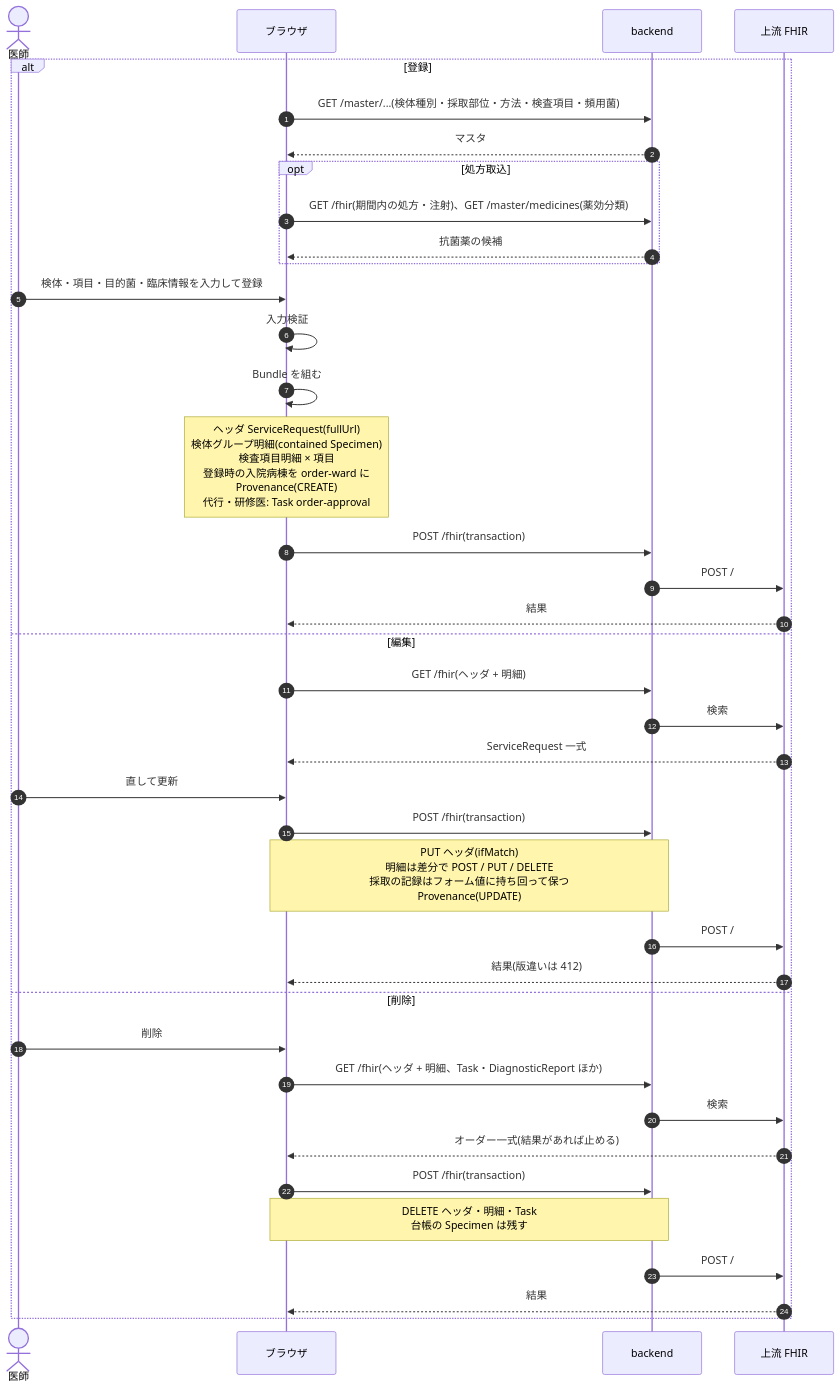
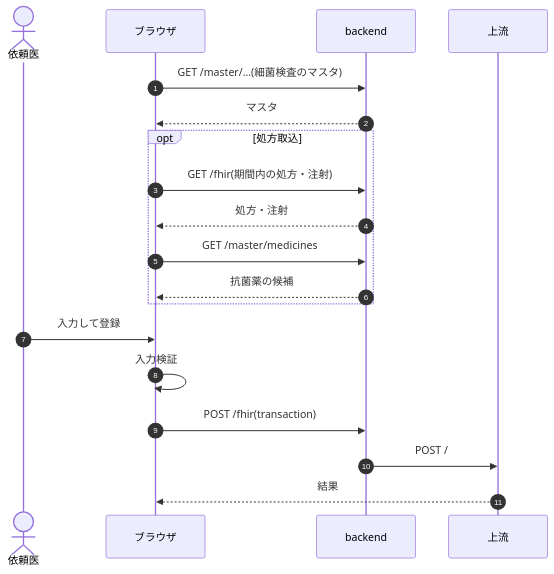
The first of 11 diagrams in docs/dev/micro.md (ysnr-dev/fhir-client-docs), drawn with Mermaid before and after one commit. The commit also changed other lines of this file and 43 other files, not shown here.

Commit message:
docs: 業務フローとシーケンス図を写し直し

````diff
--- a/docs/dev/micro.md
+++ b/docs/dev/micro.md
@@ -50,42 +120,22 @@
 ```mermaid
 sequenceDiagram
   autonumber
-  actor Dr as 医師
+  actor Dr as 依頼医
   participant UI as ブラウザ
   participant BE as backend
-  participant FHIR as 上流 FHIR
+  participant FHIR as 上流
 
-  alt 登録
-    UI->>BE: GET /master/...(検体種別・採取部位・方法・検査項目・頻用菌)
-    BE-->>UI: マスタ
-    opt 処方取込
-      UI->>BE: GET /fhir(期間内の処方・注射)、GET /master/medicines(薬効分類)
-      BE-->>UI: 抗菌薬の候補
-    end
-    Dr->>UI: 検体・項目・目的菌・臨床情報を入力して登録
-    UI->>UI: 入力検証
-    UI->>UI: Bundle を組む
-    Note over UI: ヘッダ ServiceRequest(fullUrl)<br/>検体グループ明細(contained Specimen)<br/>検査項目明細 × 項目<br/>登録時の入院病棟を order-ward に<br/>Provenance(CREATE)<br/>代行・研修医: Task order-approval
-    UI->>BE: POST /fhir(transaction)
-    BE->>FHIR: POST /
-    FHIR-->>UI: 結果
-  else 編集
-    UI->>BE: GET /fhir(ヘッダ + 明細)
-    BE->>FHIR: 検索
-    FHIR-->>UI: ServiceRequest 一式
-    Dr->>UI: 直して更新
-    UI->>BE: POST /fhir(transaction)
-    Note over UI,BE: PUT ヘッダ(ifMatch)<br/>明細は差分で POST / PUT / DELETE<br/>採取の記録はフォーム値に持ち回って保つ<br/>Provenance(UPDATE)
-    BE->>FHIR: POST /
-    FHIR-->>UI: 結果(版違いは 412)
-  else 削除
-    Dr->>UI: 削除
-    UI->>BE: GET /fhir(ヘッダ + 明細、Task・DiagnosticReport ほか)
-    BE->>FHIR: 検索
-    FHIR-->>UI: オーダー一式(結果があれば止める)
-    UI->>BE: POST /fhir(transaction)
-    Note over UI,BE: DELETE ヘッダ・明細・Task<br/>台帳の Specimen は残す
-    BE->>FHIR: POST /
-    FHIR-->>UI: 結果
+  UI->>BE: GET /master/...(細菌検査のマスタ)
+  BE-->>UI: マスタ
+  opt 処方取込
+    UI->>BE: GET /fhir(期間内の処方・注射)
+    BE-->>UI: 処方・注射
+    UI->>BE: GET /master/medicines
+    BE-->>UI: 抗菌薬の候補
   end
+  Dr->>UI: 入力して登録
+  UI->>UI: 入力検証
+  UI->>BE: POST /fhir(transaction)
+  BE->>FHIR: POST /
+  FHIR-->>UI: 結果
 ```
````
